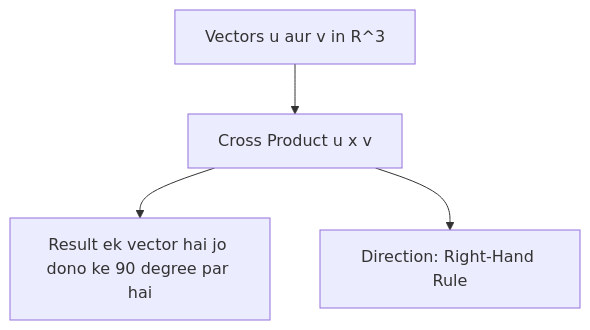
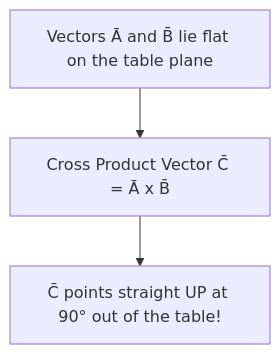
One commit to S1h2i3v4a/AI_ML changed the diagram in lecture_21/Notes_21.11/README_HINGLISH.md. Above: the diagram before and after it, drawn with Mermaid. The commit also changed other lines of this file and 203 other files, not shown here.

Commit message:
docs(lectures 19-21): align notes with video lectures, add blackboard diagrams, clean structured functions, and compile vector PDFs

````diff
--- a/lecture_21/Notes_21.11/README_HINGLISH.md
+++ b/lecture_21/Notes_21.11/README_HINGLISH.md
@@ -15,6 +47,5 @@
 ```mermaid
 flowchart TD
-    A["Vectors u aur v in R^3"] --> B["Cross Product u x v"]
-    B --> C["Result ek vector hai jo dono ke 90 degree par hai"]
-    B --> D["Direction: Right-Hand Rule"]
+    Plane["Vectors Ā and B̄ lie flat on the table plane"] --> C["Cross Product Vector C̄ = Ā x B̄"]
+    C --> Up["C̄ points straight UP at 90° out of the table!"]
 ```
````
